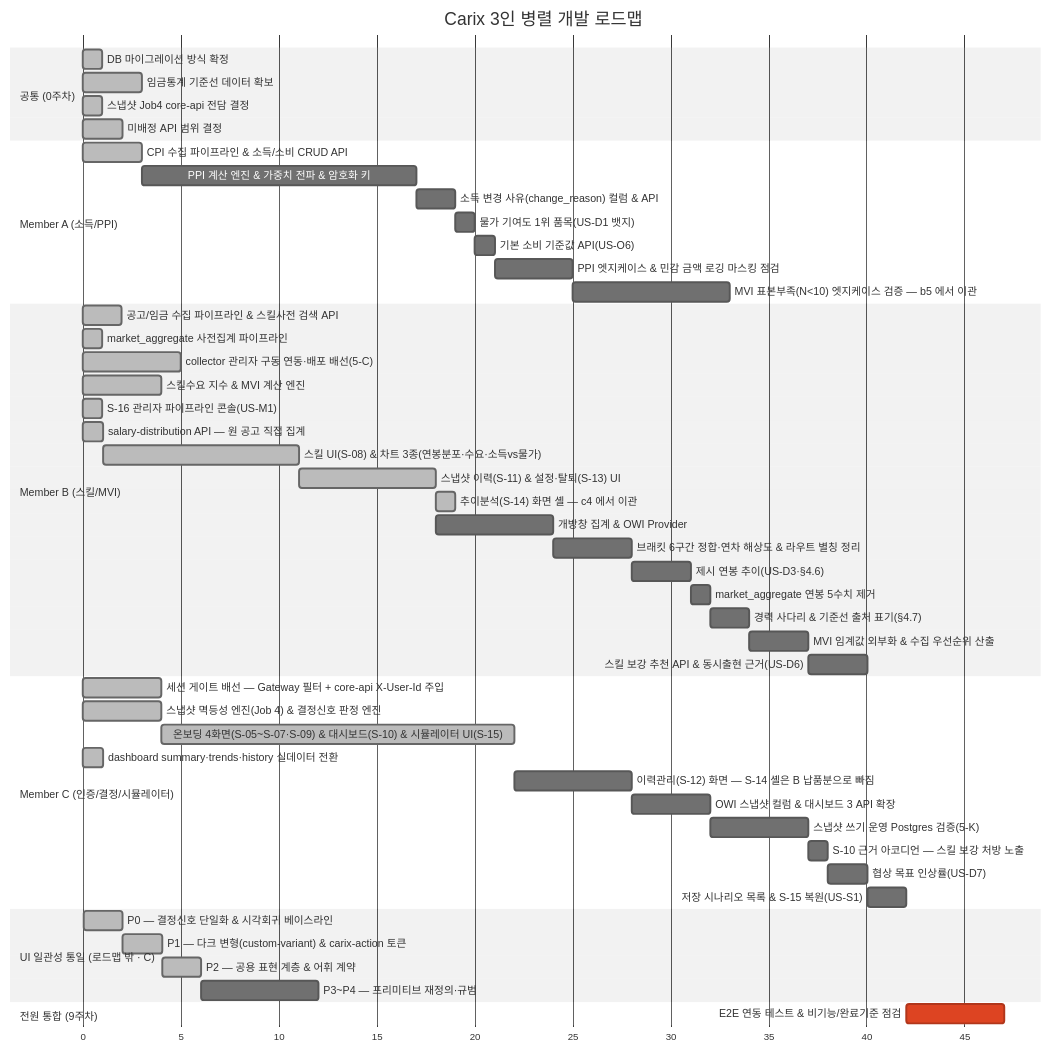
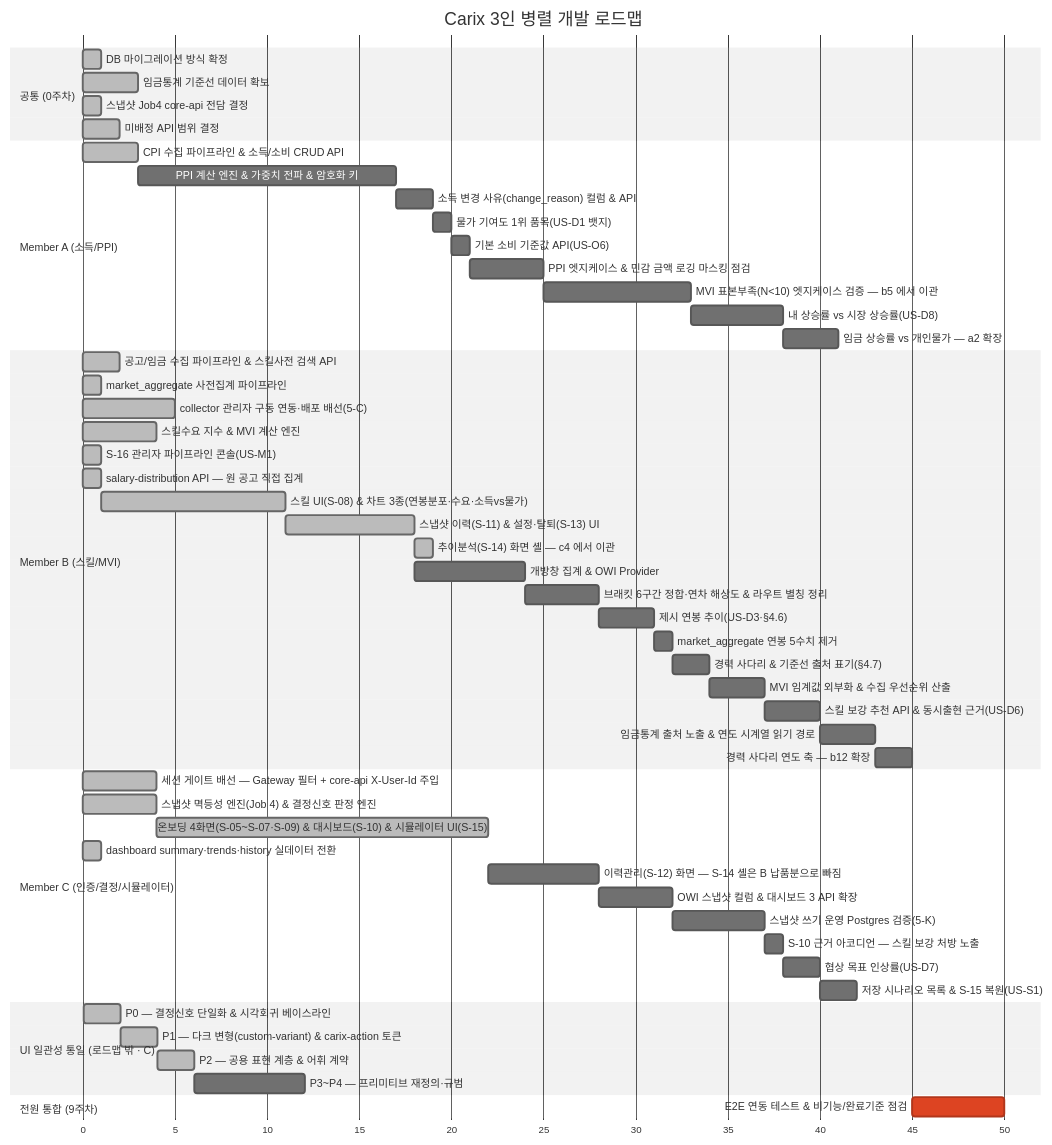
One commit to SeoHyeokGyu/Carix changed the first of 2 diagrams in docs/plans/carix-dev-plan.md. Above: the diagram before and after it, drawn with Mermaid (neutral theme). The commit also changed other lines of this file and 2 other files, not shown here.

First line of the commit message:
docs: 임금통계 연도 시계열을 MVP 안으로 승격한다

````diff
--- a/docs/plans/carix-dev-plan.md
+++ b/docs/plans/carix-dev-plan.md
@@ -72,54 +74,58 @@
 ```mermaid
 gantt
     title Carix 3인 병렬 개발 로드맵
     dateFormat X
     axisFormat %s
     section 공통 (0주차)
     DB 마이그레이션 방식 확정 :done, c0a, 0, 1s
     임금통계 기준선 데이터 확보 :done, a0, 3, 3s
     스냅샷 Job4 core-api 전담 결정 :done, i0, 7, 1s
     미배정 API 범위 결정 :done, c0, 7, 2s
     section Member A (소득/PPI)
     CPI 수집 파이프라인 & 소득/소비 CRUD API :done, a1, 12, 3s
     PPI 계산 엔진 & 가중치 전파 & 암호화 키 :a2, after a1, 14s
     소득 변경 사유(change_reason) 컬럼 & API :a4, after a2, 2s
     물가 기여도 1위 품목(US-D1 뱃지) :a5, after a4, 1s
     기본 소비 기준값 API(US-O6) :a6, after a5, 1s
     PPI 엣지케이스 & 민감 금액 로깅 마스킹 점검 :a7, after a6, 4s
     MVI 표본부족(N<10) 엣지케이스 검증 — b5 에서 이관 :a8, after a7, 8s
+    내 상승률 vs 시장 상승률(US-D8) :a9, after a8, 5s
+    임금 상승률 vs 개인물가 — a2 확장 :a10, after a9, 3s
     section Member B (스킬/MVI)
     공고/임금 수집 파이프라인 & 스킬사전 검색 API :done, b1, 2, 2s
     market_aggregate 사전집계 파이프라인 :done, b2a, 3, 1s
     collector 관리자 구동 연동·배포 배선(5-C) :done, b0, 7, 5s
     스킬수요 지수 & MVI 계산 엔진 :done, b2, 8, 4s
     S-16 관리자 파이프라인 콘솔(US-M1) :done, b16, 14, 1s
     salary-distribution API — 원 공고 직접 집계 :done, b3a, 15, 1s
     스킬 UI(S-08) & 차트 3종(연봉분포·수요·소득vs물가) :done, b3, after b3a, 10s
     스냅샷 이력(S-11) & 설정·탈퇴(S-13) UI :done, b4, after b3, 7s
     추이분석(S-14) 화면 셸 — c4 에서 이관 :done, b4a, after b4, 1s
     개방창 집계 & OWI Provider :b6, after b4, 6s
     브래킷 6구간 정합·연차 해상도 & 라우트 별칭 정리 :b7, after b6, 4s
     제시 연봉 추이(US-D3·§4.6) :b10, after b7, 3s
     market_aggregate 연봉 5수치 제거 :b11, after b10, 1s
     경력 사다리 & 기준선 출처 표기(§4.7) :b12, after b11, 2s
     MVI 임계값 외부화 & 수집 우선순위 산출 :b8, after b12, 3s
     스킬 보강 추천 API & 동시출현 근거(US-D6) :b9, after b8, 3s
+    임금통계 출처 노출 & 연도 시계열 읽기 경로 :b13, after b9, 3s
+    경력 사다리 연도 축 — b12 확장 :b14, after b13, 2s
     section Member C (인증/결정/시뮬레이터)
     세션 게이트 배선 — Gateway 필터 + core-api X-User-Id 주입 :done, c0b, 7, 4s
     스냅샷 멱등성 엔진(Job 4) & 결정신호 판정 엔진 :done, c2, 8, 4s
     온보딩 4화면(S-05~S-07·S-09) & 대시보드(S-10) & 시뮬레이터 UI(S-15) :done, c3, after c2, 18s
     dashboard summary·trends·history 실데이터 전환 :done, c4a, 15, 1s
     이력관리(S-12) 화면 — S-14 셸은 B 납품분으로 빠짐 :c4, after c3, 6s
     OWI 스냅샷 컬럼 & 대시보드 3 API 확장 :c6, after c4, 4s
     스냅샷 쓰기 운영 Postgres 검증(5-K) :c5, after c6, 5s
     S-10 근거 아코디언 — 스킬 보강 처방 노출 :c7, after c5, 1s
     협상 목표 인상률(US-D7) :c8, after c7, 2s
     저장 시나리오 목록 & S-15 복원(US-S1) :c9, after c8, 2s
     section UI 일관성 통일 (로드맵 밖 · C)
     P0 — 결정신호 단일화 & 시각회귀 베이스라인 :done, ui0, 33, 2s
     P1 — 다크 변형(custom-variant) & carix-action 토큰 :done, ui1, after ui0, 2s
     P2 — 공용 표현 계층 & 어휘 계약 :done, ui2, after ui1, 2s
     P3~P4 — 프리미티브 재정의·규범 :ui3, after ui2, 6s
     section 전원 통합 (9주차)
-    E2E 연동 테스트 & 비기능/완료기준 점검 :crit, e2e, after a8 b9 c9, 5s
+    E2E 연동 테스트 & 비기능/완료기준 점검 :crit, e2e, after a10 b14 c9, 5s
 ```
````
